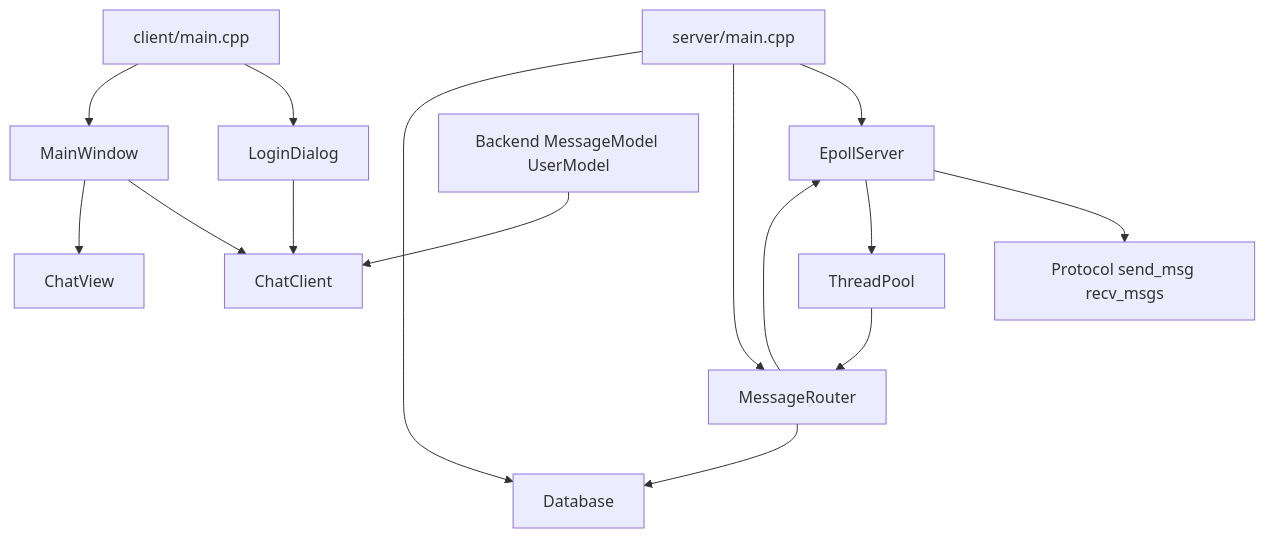
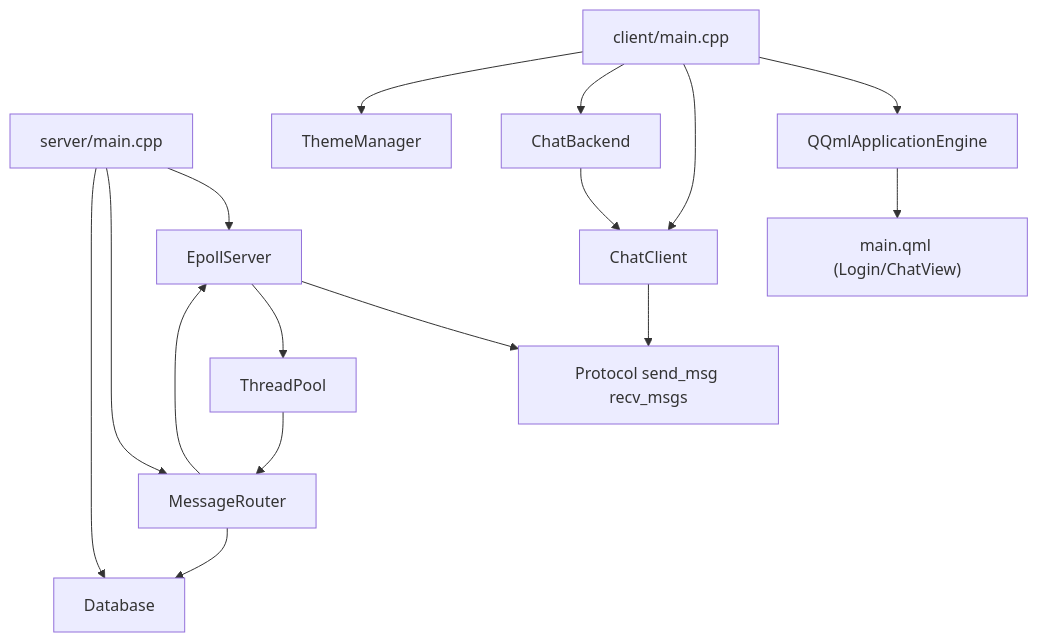
Before and after one commit to Ningbottle/LinuxChat: the third of 4 diagrams in docs/INDEX.md, drawn with Mermaid. The commit also changed other lines of this file and 9 other files, not shown here.

````diff
--- a/docs/INDEX.md
+++ b/docs/INDEX.md
@@ -58,18 +58,19 @@
 ```mermaid
 flowchart TB
   ServerMain["server/main.cpp"] --> EpollServer["EpollServer"]
   ServerMain --> MessageRouter["MessageRouter"]
   ServerMain --> Database["Database"]
   EpollServer --> Protocol["Protocol send_msg recv_msgs"]
   EpollServer --> ThreadPool["ThreadPool"]
   ThreadPool --> MessageRouter
   MessageRouter --> Database
   MessageRouter --> EpollServer
 
-  ClientMain["client/main.cpp"] --> LoginDialog["LoginDialog"]
-  ClientMain --> MainWindow["MainWindow"]
-  LoginDialog --> ChatClient["ChatClient"]
-  MainWindow --> ChatClient
-  MainWindow --> ChatView["ChatView"]
-  QmlFacade["Backend MessageModel UserModel"] --> ChatClient
+  ClientMain["client/main.cpp"] --> QQmlApplicationEngine["QQmlApplicationEngine"]
+  ClientMain --> ChatClient["ChatClient"]
+  ClientMain --> ChatBackend["ChatBackend"]
+  ClientMain --> ThemeManager["ThemeManager"]
+  QQmlApplicationEngine --> QmlUI["main.qml (Login/ChatView)"]
+  ChatBackend --> ChatClient
+  ChatClient --> Protocol
 ```
````
